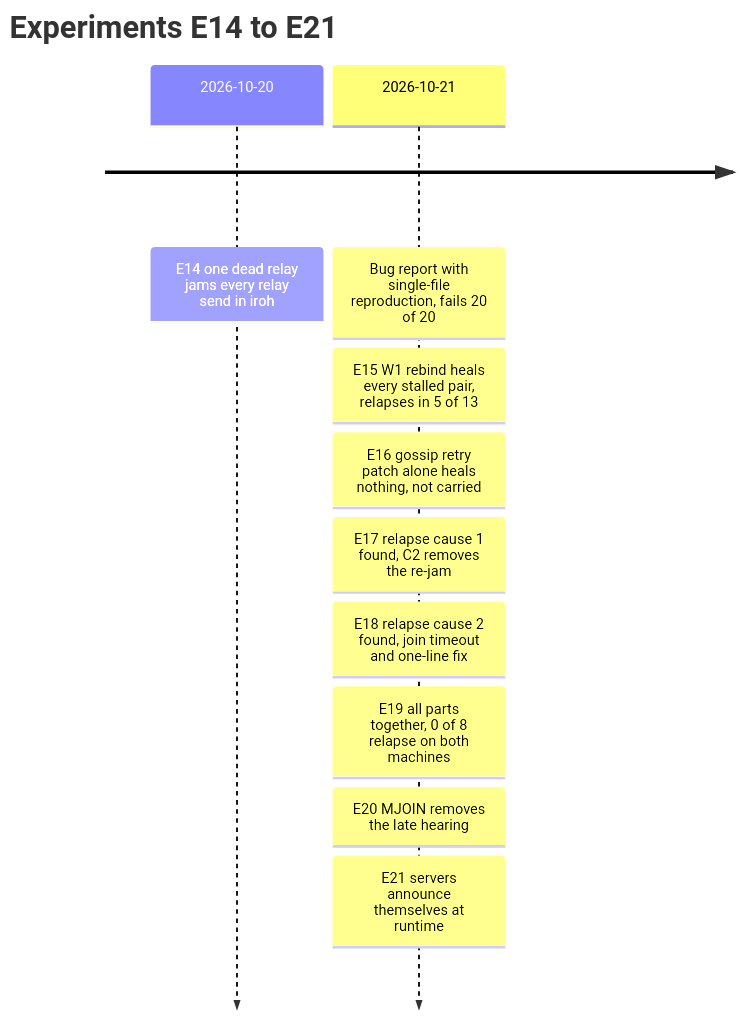
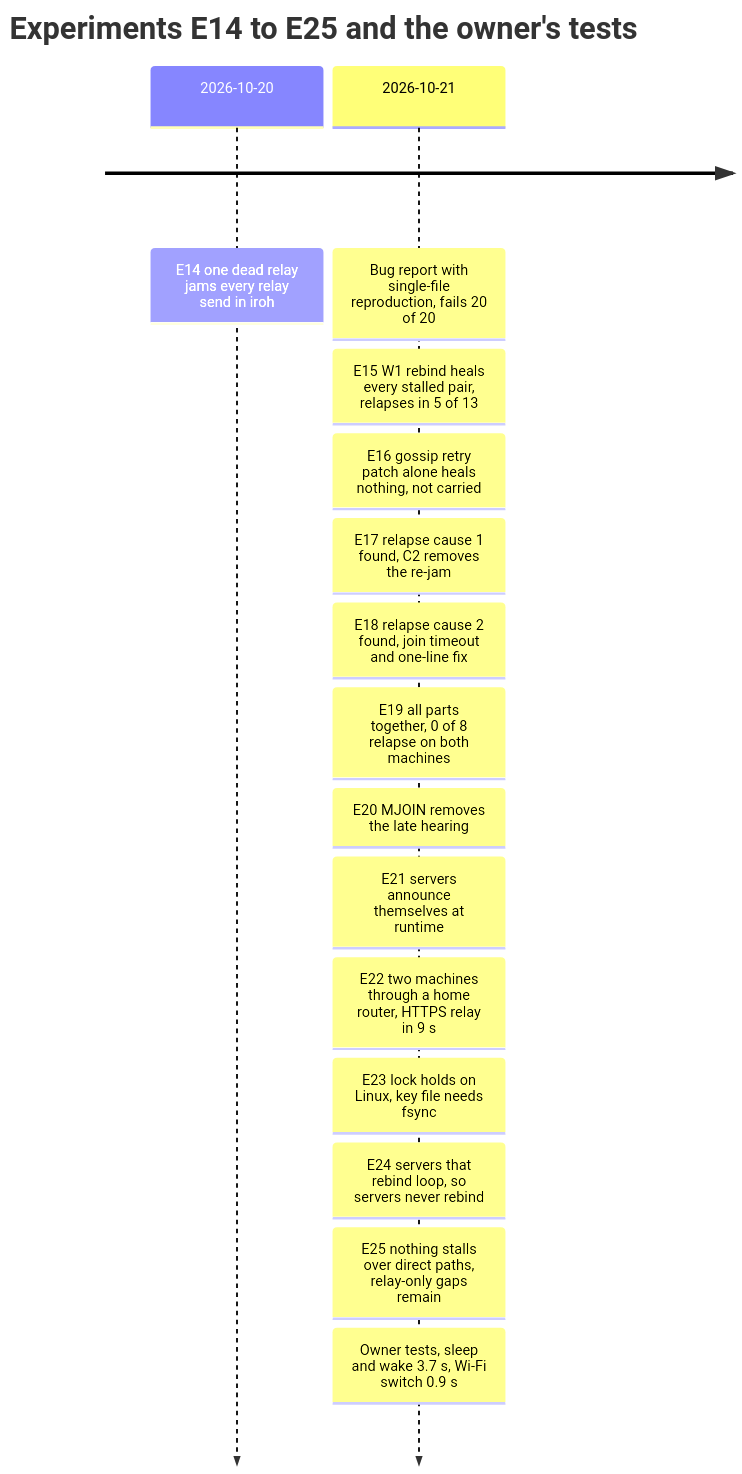
The second of 2 diagrams in research/stack/showcase.md (the-agents-of-anarchy/marketplace), drawn with Mermaid before and after one commit. The commit also changed other lines of this file and 7 other files, not shown here.

````diff
--- a/research/stack/showcase.md
+++ b/research/stack/showcase.md
@@ -75,13 +76,18 @@
 ```mermaid
 timeline
-    title Experiments E14 to E21
+    title Experiments E14 to E25 and the owner's tests
     2026-10-20 : E14 one dead relay jams every relay send in iroh
     2026-10-21 : Bug report with single-file reproduction, fails 20 of 20
                : E15 W1 rebind heals every stalled pair, relapses in 5 of 13
                : E16 gossip retry patch alone heals nothing, not carried
                : E17 relapse cause 1 found, C2 removes the re-jam
                : E18 relapse cause 2 found, join timeout and one-line fix
                : E19 all parts together, 0 of 8 relapse on both machines
                : E20 MJOIN removes the late hearing
                : E21 servers announce themselves at runtime
+               : E22 two machines through a home router, HTTPS relay in 9 s
+               : E23 lock holds on Linux, key file needs fsync
+               : E24 servers that rebind loop, so servers never rebind
+               : E25 nothing stalls over direct paths, relay-only gaps remain
+               : Owner tests, sleep and wake 3.7 s, Wi-Fi switch 0.9 s
 ```
````
